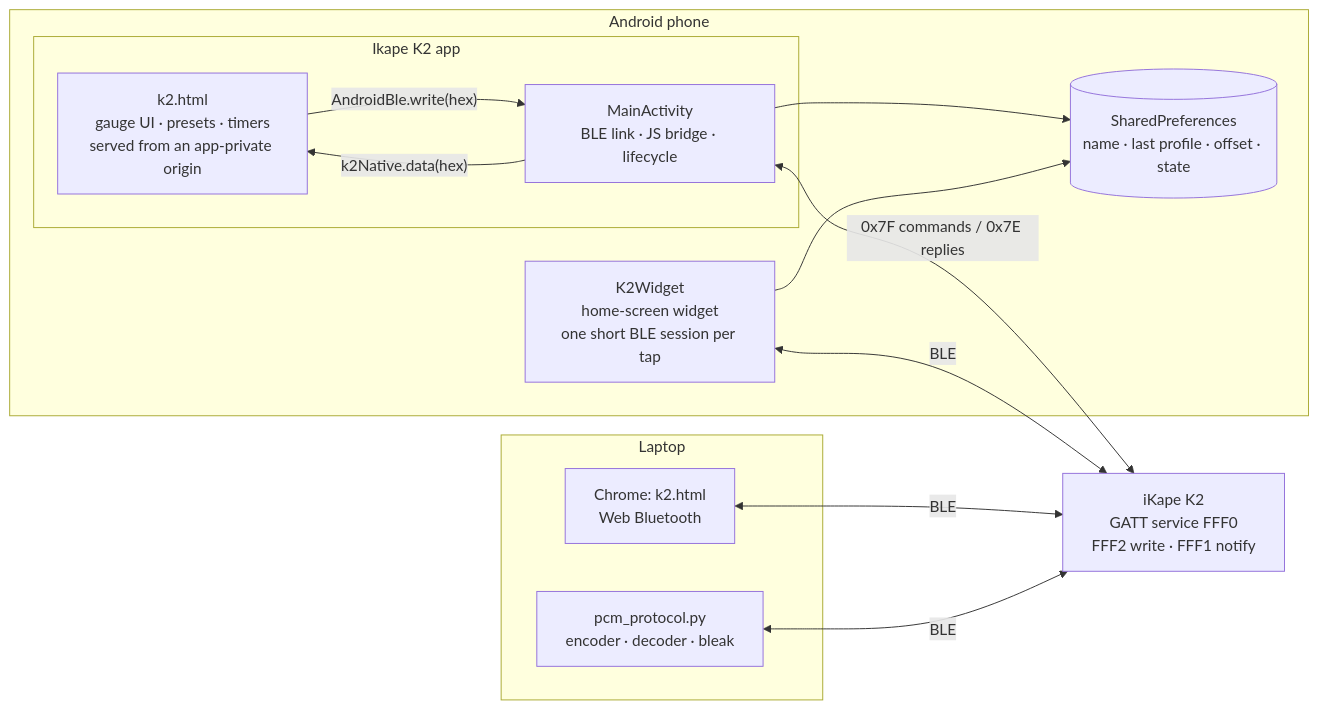
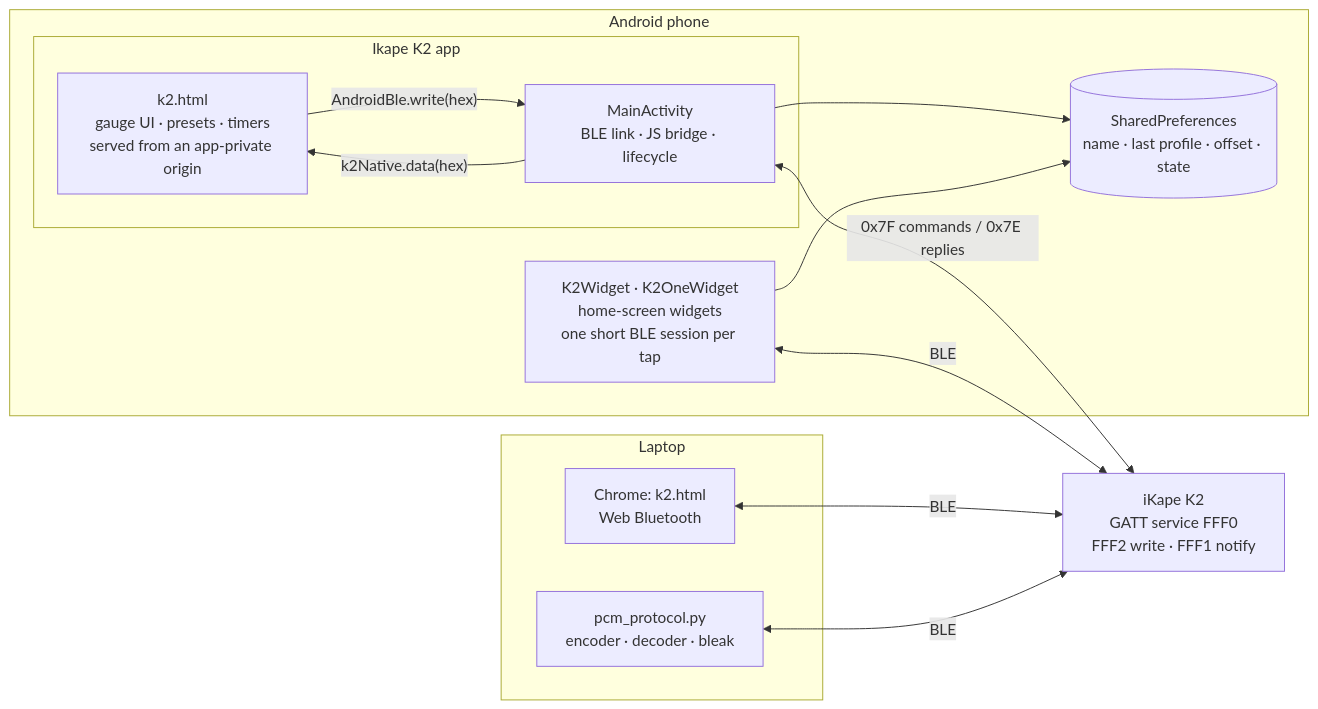
The first of 2 diagrams in README.md (nyx-ulrix/SproControl), drawn with Mermaid before and after one commit. The commit also changed other lines of this file and 15 other files, not shown here.

First line of the commit message:
One-cell widget, brew gate on read-back, purge settings and restore fixes

````diff
--- a/README.md
+++ b/README.md
@@ -62,24 +80,24 @@
 ```mermaid
 flowchart LR
   subgraph Phone["Android phone"]
     subgraph App["Ikape K2 app"]
       UI["k2.html<br/>gauge UI · presets · timers<br/>served from an app-private origin"]
       MA["MainActivity<br/>BLE link · JS bridge · lifecycle"]
       UI -- "AndroidBle.write(hex)" --> MA
       MA -- "k2Native.data(hex)" --> UI
     end
-    W["K2Widget<br/>home-screen widget<br/>one short BLE session per tap"]
+    W["K2Widget · K2OneWidget<br/>home-screen widgets<br/>one short BLE session per tap"]
     P[("SharedPreferences<br/>name · last profile · offset · state")]
     MA --> P
     W --> P
   end
   K2["iKape K2<br/>GATT service FFF0<br/>FFF2 write · FFF1 notify"]
   MA <-- "0x7F commands / 0x7E replies" --> K2
   W <-- "BLE" --> K2
   subgraph Laptop
     B["Chrome: k2.html<br/>Web Bluetooth"]
     PY["pcm_protocol.py<br/>encoder · decoder · bleak"]
   end
   B <-- "BLE" --> K2
   PY <-- "BLE" --> K2
 ```
````
